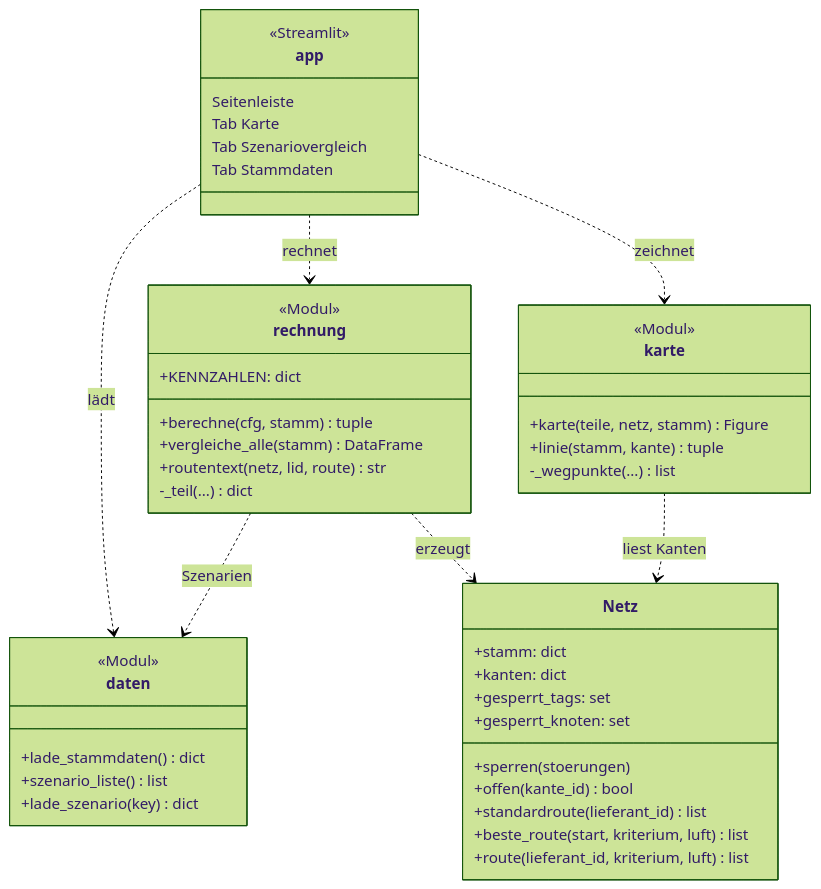
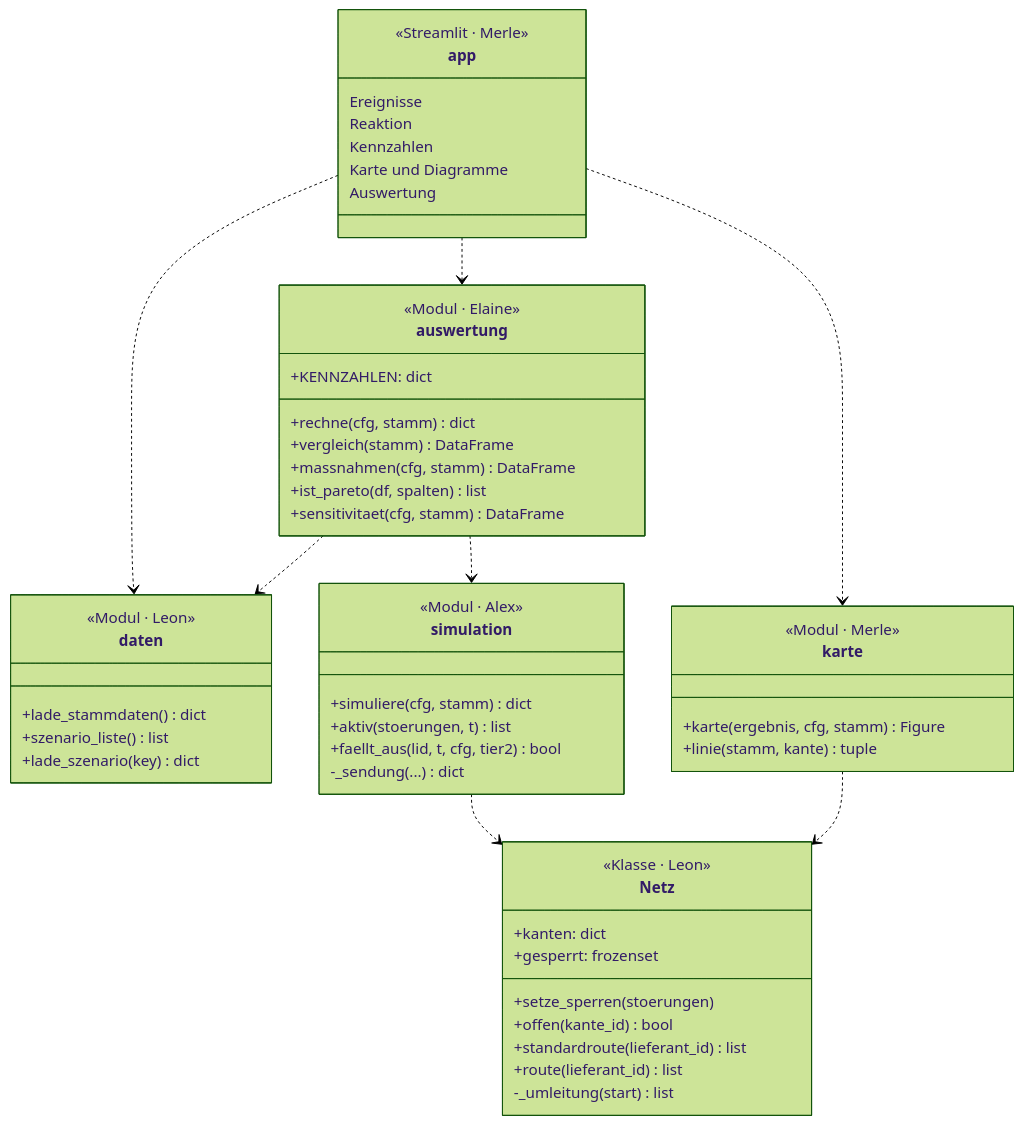
The fourth of 5 diagrams in docs/ARCHITEKTUR.md (AimeeElaineGrundei/SCM_software), drawn with Mermaid (forest theme) before and after one commit. The commit also changed other lines of this file and 27 other files, not shown here.

````diff
--- a/docs/ARCHITEKTUR.md
+++ b/docs/ARCHITEKTUR.md
@@ -70,47 +85,55 @@
 ```mermaid
 classDiagram
     class daten {
-        <<Modul>>
+        <<Modul · Leon>>
         +lade_stammdaten() dict
         +szenario_liste() list
         +lade_szenario(key) dict
     }
     class Netz {
-        +stamm: dict
+        <<Klasse · Leon>>
         +kanten: dict
-        +gesperrt_tags: set
-        +gesperrt_knoten: set
-        +sperren(stoerungen)
+        +gesperrt: frozenset
+        +setze_sperren(stoerungen)
         +offen(kante_id) bool
         +standardroute(lieferant_id) list
-        +beste_route(start, kriterium, luft) list
-        +route(lieferant_id, kriterium, luft) list
+        +route(lieferant_id) list
+        -_umleitung(start) list
     }
-    class rechnung {
-        <<Modul>>
+    class simulation {
+        <<Modul · Alex>>
+        +simuliere(cfg, stamm) dict
+        +aktiv(stoerungen, t) list
+        +faellt_aus(lid, t, cfg, tier2) bool
+        -_sendung(...) dict
+    }
+    class auswertung {
+        <<Modul · Elaine>>
         +KENNZAHLEN: dict
-        +berechne(cfg, stamm) tuple
-        +vergleiche_alle(stamm) DataFrame
-        +routentext(netz, lid, route) str
-        -_teil(...) dict
+        +rechne(cfg, stamm) dict
+        +vergleich(stamm) DataFrame
+        +massnahmen(cfg, stamm) DataFrame
+        +ist_pareto(df, spalten) list
+        +sensitivitaet(cfg, stamm) DataFrame
     }
     class karte {
-        <<Modul>>
-        +karte(teile, netz, stamm) Figure
+        <<Modul · Merle>>
+        +karte(ergebnis, cfg, stamm) Figure
         +linie(stamm, kante) tuple
-        -_wegpunkte(...) list
     }
     class app {
-        <<Streamlit>>
-        Seitenleiste
-        Tab Karte
-        Tab Szenariovergleich
-        Tab Stammdaten
+        <<Streamlit · Merle>>
+        Ereignisse
+        Reaktion
+        Kennzahlen
+        Karte und Diagramme
+        Auswertung
     }
-    app ..> daten : lädt
-    app ..> rechnung : rechnet
-    app ..> karte : zeichnet
-    rechnung ..> Netz : erzeugt
-    rechnung ..> daten : Szenarien
-    karte ..> Netz : liest Kanten
+    app ..> daten
+    app ..> auswertung
+    app ..> karte
+    auswertung ..> simulation
+    auswertung ..> daten
+    simulation ..> Netz
+    karte ..> Netz
 ```
````
